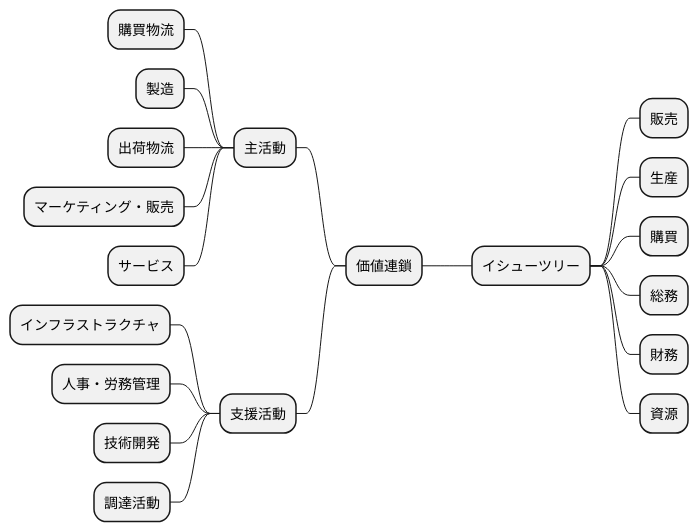
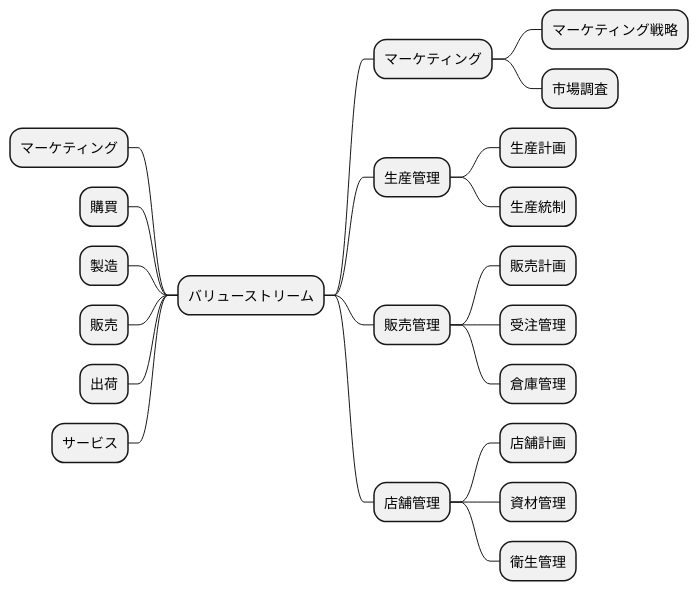
One commit to k2works/case-sutudy-business-analysis changed diagram 12 of 18 in docs/case/r0X_case_X.adoc. Above: the diagram before and after it, drawn with PlantUML. The commit also changed other lines of this file, not shown here.

```diff
--- a/docs/case/r0X_case_X.adoc
+++ b/docs/case/r0X_case_X.adoc
@@ -247,27 +235,30 @@
 [plantuml]
 ----
 @startmindmap
 
-* イシューツリー
+* バリューストリーム
+left side
+** マーケティング
+** 購買
+** 製造
 ** 販売
-** 生産
-** 購買
-** 総務
-** 財務
-** 資源
-left side
-** 価値連鎖
-*** 主活動
-**** 購買物流
-**** 製造
-**** 出荷物流
-**** マーケティング・販売
-**** サービス
-*** 支援活動
-**** インフラストラクチャ
-**** 人事・労務管理
-**** 技術開発
-**** 調達活動
+** 出荷
+** サービス
+right side
+** マーケティング
+*** マーケティング戦略
+*** 市場調査
+** 生産管理
+*** 生産計画
+*** 生産統制
+** 販売管理
+*** 販売計画
+*** 受注管理
+*** 倉庫管理
+** 店舗管理
+*** 店舗計画
+*** 資材管理
+*** 衛生管理
 
 @endmindmap
 ----
```
